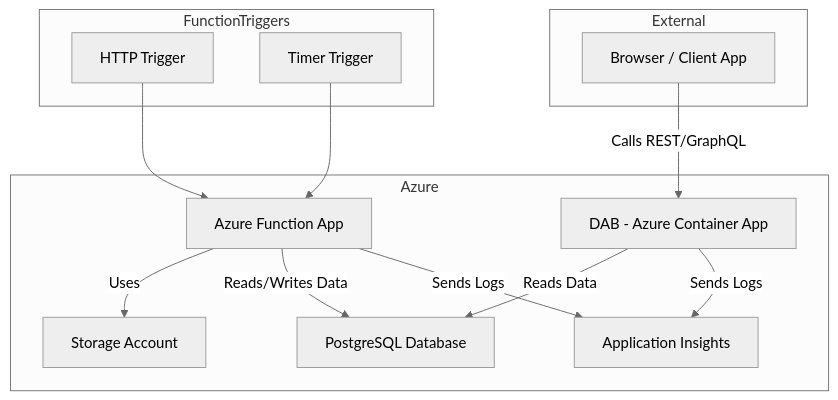
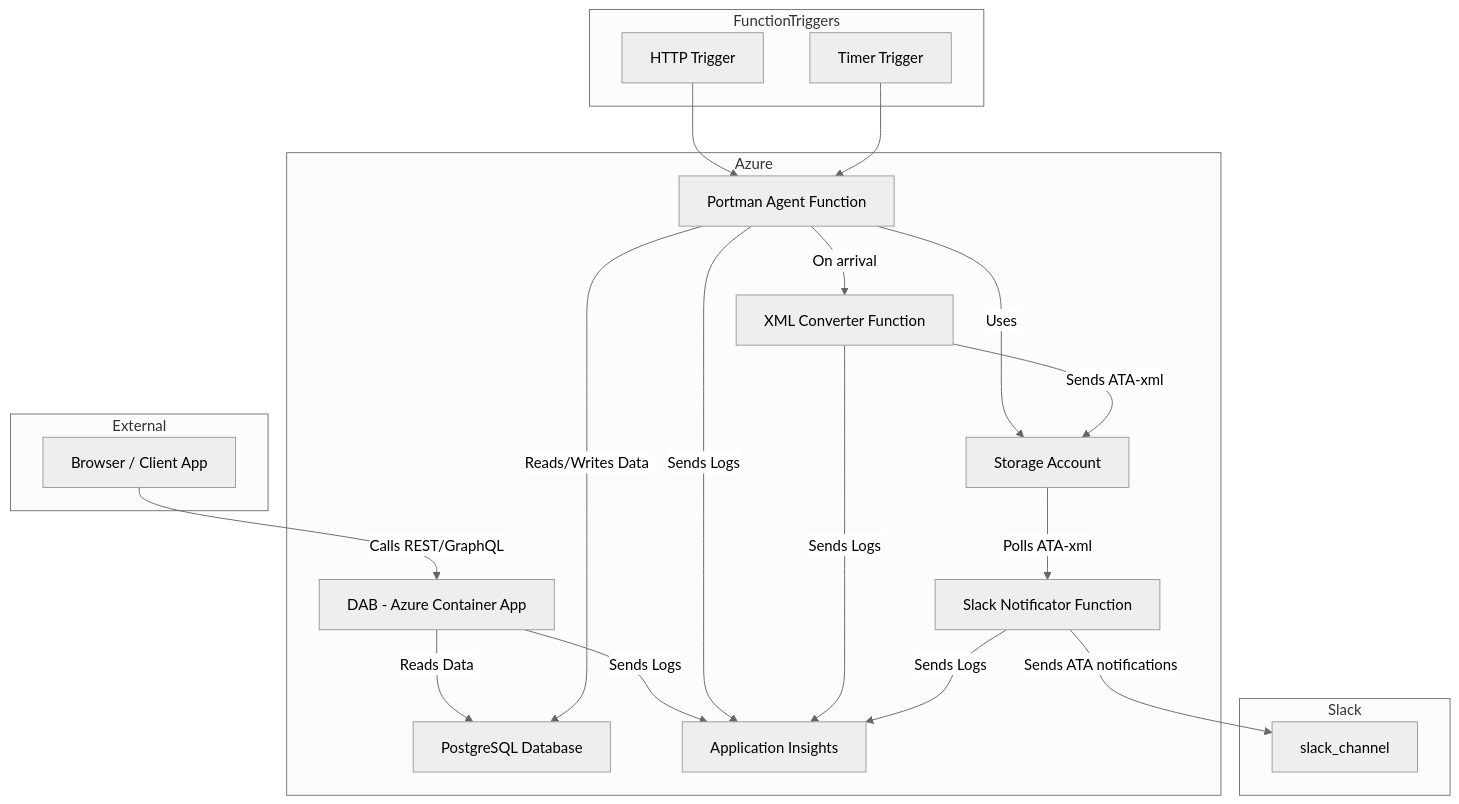
One commit to herratomsiili/portman_agent changed the diagram in README.md. Above: the diagram before and after it, drawn with Mermaid (neutral theme). The commit also changed other lines of this file and 2 other files, not shown here.

````diff
--- a/README.md
+++ b/README.md
@@ -396,26 +414,37 @@
 ```mermaid
 graph TD;
     subgraph Azure
         storage[Storage Account]
         db[PostgreSQL Database]
-        function[Azure Function App]
+        portman_function[Portman Agent Function]
         insights[Application Insights]
         dab[DAB - Azure Container App]
+        xml_converter[XML Converter Function]
+        slack_notificator[Slack Notificator Function]
     end
 
     subgraph External
       user[Browser / Client App]
     end
 
     subgraph FunctionTriggers
-        http[HTTP Trigger] --> function
-        timer[Timer Trigger] --> function
+        http[HTTP Trigger] --> portman_function
+        timer[Timer Trigger] --> portman_function
+    end
+
+    subgraph Slack
+      slack_notificator -->|Sends ATA notifications| slack_channel
     end
 
     user -->|Calls REST/GraphQL| dab
     dab -->|Reads Data| db
     dab -->|Sends Logs| insights
-    function -->|Uses| storage
-    function -->|Reads/Writes Data| db
-    function -->|Sends Logs| insights
+    portman_function -->|Uses| storage
+    portman_function -->|Reads/Writes Data| db
+    portman_function -->|Sends Logs| insights
+    portman_function -->|On arrival| xml_converter
+    xml_converter -->|Sends ATA-xml| storage
+    xml_converter -->|Sends Logs| insights
+    storage -->|Polls ATA-xml| slack_notificator
+    slack_notificator -->|Sends Logs| insights
 ```
````
